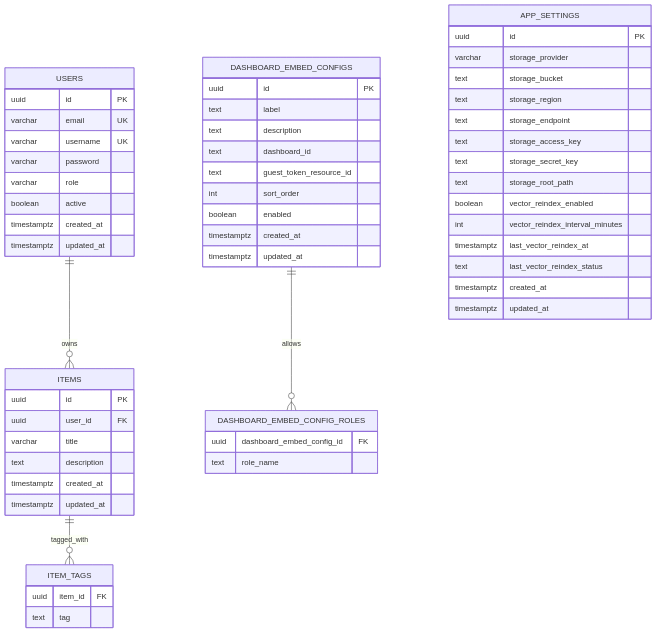
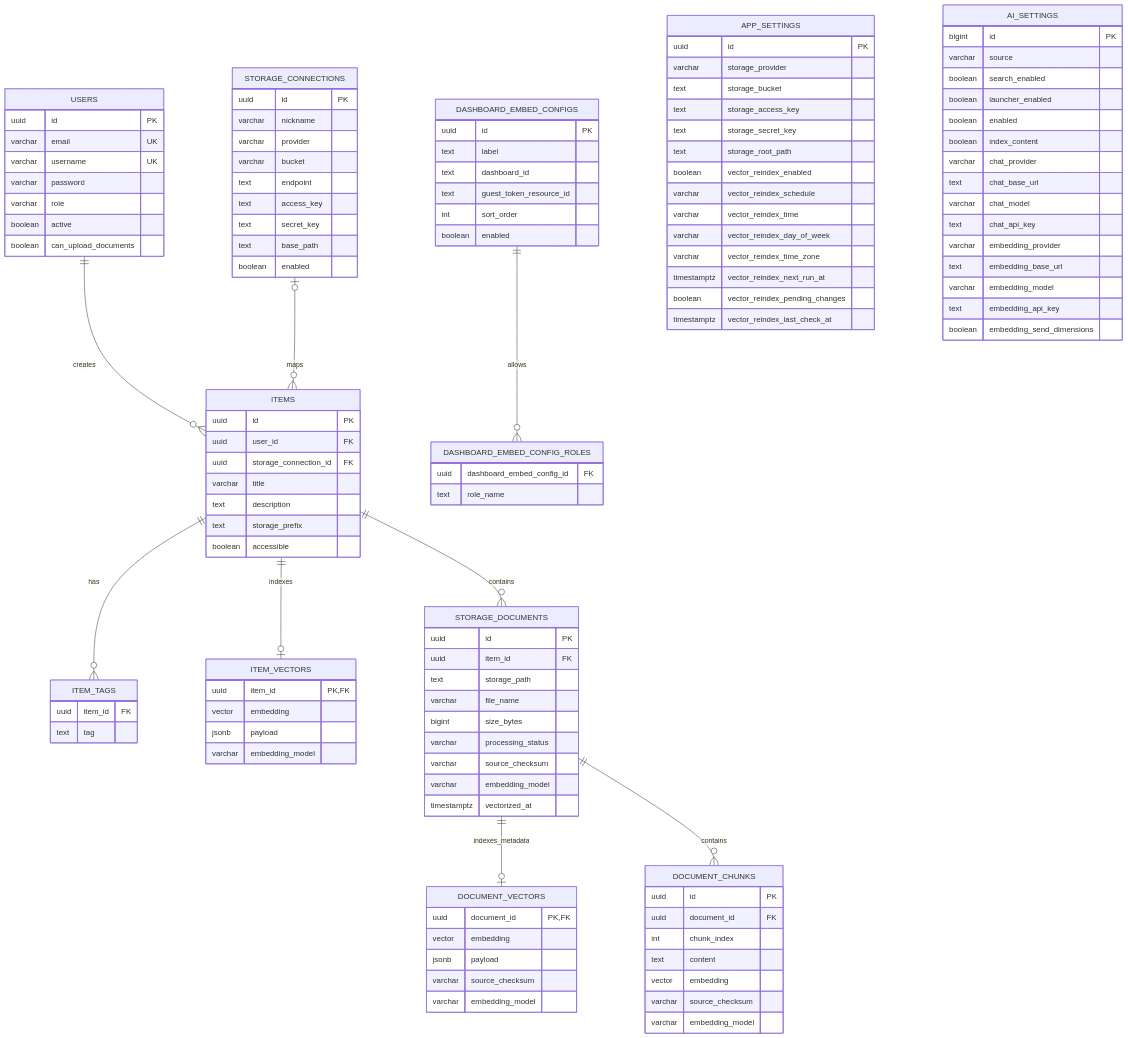
The diagram in docs/database-layout.md (GrahamCHill/Meshable-Ops), drawn with Mermaid before and after one commit. The commit also changed other lines of this file and 176 other files, not shown here.

First line of the commit message:
feat: Add AI document search and encrypted credentials

````diff
--- a/docs/database-layout.md
+++ b/docs/database-layout.md
@@ -22,7 +17,12 @@
 ```mermaid
 erDiagram
-    USERS ||--o{ ITEMS : owns
-    ITEMS ||--o{ ITEM_TAGS : tagged_with
+    USERS ||--o{ ITEMS : creates
+    STORAGE_CONNECTIONS o|--o{ ITEMS : maps
+    ITEMS ||--o{ ITEM_TAGS : has
+    ITEMS ||--o| ITEM_VECTORS : indexes
+    ITEMS ||--o{ STORAGE_DOCUMENTS : contains
+    STORAGE_DOCUMENTS ||--o| DOCUMENT_VECTORS : indexes_metadata
+    STORAGE_DOCUMENTS ||--o{ DOCUMENT_CHUNKS : contains
     DASHBOARD_EMBED_CONFIGS ||--o{ DASHBOARD_EMBED_CONFIG_ROLES : allows
 
     USERS {
@@ -32,55 +32,108 @@
         varchar password
         varchar role
         boolean active
-        timestamptz created_at
-        timestamptz updated_at
+        boolean can_upload_documents
     }
-
+    STORAGE_CONNECTIONS {
+        uuid id PK
+        varchar nickname
+        varchar provider
+        varchar bucket
+        text endpoint
+        text access_key
+        text secret_key
+        text base_path
+        boolean enabled
+    }
     ITEMS {
         uuid id PK
         uuid user_id FK
+        uuid storage_connection_id FK
         varchar title
         text description
-        timestamptz created_at
-        timestamptz updated_at
+        text storage_prefix
+        boolean accessible
     }
-
     ITEM_TAGS {
         uuid item_id FK
         text tag
     }
-
+    ITEM_VECTORS {
+        uuid item_id PK,FK
+        vector embedding
+        jsonb payload
+        varchar embedding_model
+    }
+    STORAGE_DOCUMENTS {
+        uuid id PK
+        uuid item_id FK
+        text storage_path
+        varchar file_name
+        bigint size_bytes
+        varchar processing_status
+        varchar source_checksum
+        varchar embedding_model
+        timestamptz vectorized_at
+    }
+    DOCUMENT_VECTORS {
+        uuid document_id PK,FK
+        vector embedding
+        jsonb payload
+        varchar source_checksum
+        varchar embedding_model
+    }
+    DOCUMENT_CHUNKS {
+        uuid id PK
+        uuid document_id FK
+        int chunk_index
+        text content
+        vector embedding
+        varchar source_checksum
+        varchar embedding_model
+    }
+    APP_SETTINGS {
+        uuid id PK
+        varchar storage_provider
+        text storage_bucket
+        text storage_access_key
+        text storage_secret_key
+        text storage_root_path
+        boolean vector_reindex_enabled
+        varchar vector_reindex_schedule
+        varchar vector_reindex_time
+        varchar vector_reindex_day_of_week
+        varchar vector_reindex_time_zone
+        timestamptz vector_reindex_next_run_at
+        boolean vector_reindex_pending_changes
+        timestamptz vector_reindex_last_check_at
+    }
+    AI_SETTINGS {
+        bigint id PK
+        varchar source
+        boolean search_enabled
+        boolean launcher_enabled
+        boolean enabled
+        boolean index_content
+        varchar chat_provider
+        text chat_base_url
+        varchar chat_model
+        text chat_api_key
+        varchar embedding_provider
+        text embedding_base_url
+        varchar embedding_model
+        text embedding_api_key
+        boolean embedding_send_dimensions
+    }
     DASHBOARD_EMBED_CONFIGS {
         uuid id PK
         text label
-        text description
         text dashboard_id
         text guest_token_resource_id
         int sort_order
         boolean enabled
-        timestamptz created_at
-        timestamptz updated_at
     }
-
     DASHBOARD_EMBED_CONFIG_ROLES {
         uuid dashboard_embed_config_id FK
         text role_name
     }
-
-    APP_SETTINGS {
-        uuid id PK
-        varchar storage_provider
-        text storage_bucket
-        text storage_region
-        text storage_endpoint
-        text storage_access_key
-        text storage_secret_key
-        text storage_root_path
-        boolean vector_reindex_enabled
-        int vector_reindex_interval_minutes
-        timestamptz last_vector_reindex_at
-        text last_vector_reindex_status
-        timestamptz created_at
-        timestamptz updated_at
-    }
 ```
````
